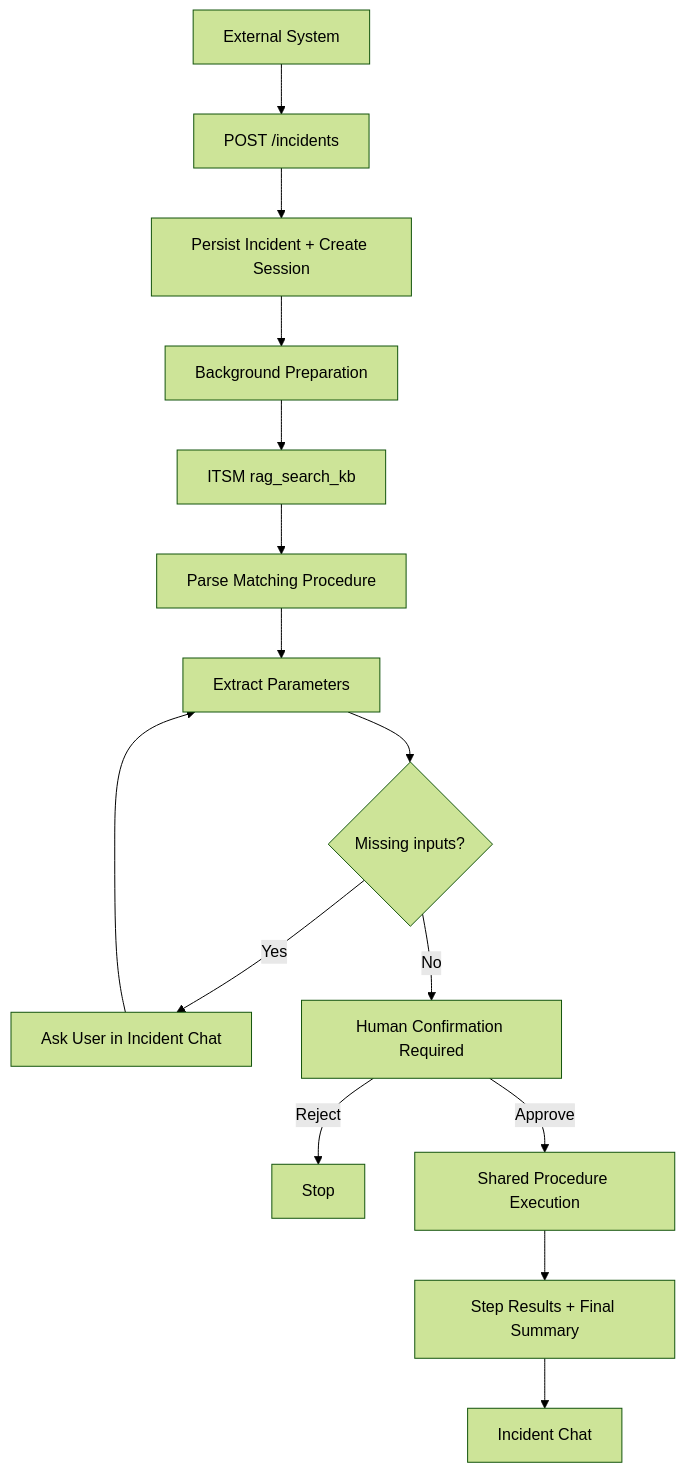
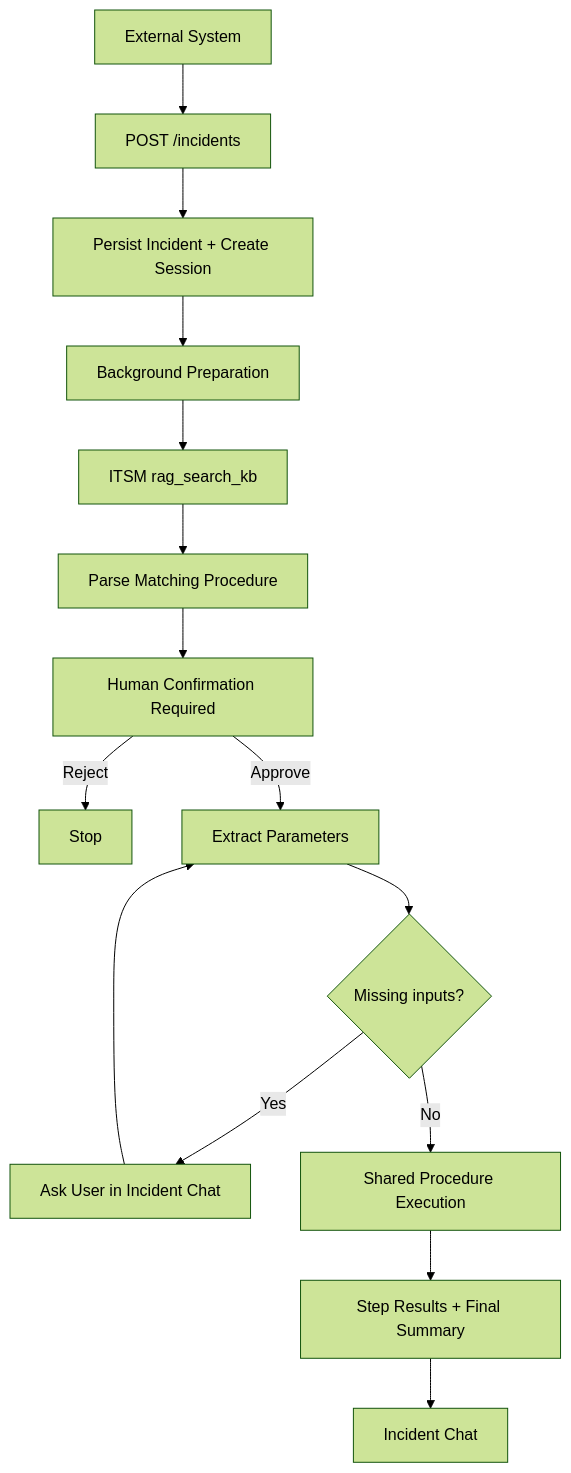
Before and after one commit to clbartolome/aiops-agent: the third of 3 diagrams in README.md, drawn with Mermaid (forest theme). The commit also changed other lines of this file and 15 other files, not shown here.

Commit message:
Incidents are working. Cancel and approve procedure implemented.

````diff
--- a/README.md
+++ b/README.md
@@ -126,17 +128,17 @@
 ```mermaid
 flowchart TD
     EXT[External System] --> API["POST /incidents"]
     API --> INC[Persist Incident + Create Session]
     INC --> BG[Background Preparation]
     BG --> KB["ITSM rag_search_kb"]
     KB --> P[Parse Matching Procedure]
-    P --> IN[Extract Parameters]
+    P --> CONF[Human Confirmation Required]
+    CONF -->|Reject| END[Stop]
+    CONF -->|Approve| IN[Extract Parameters]
     IN --> MISS{Missing inputs?}
     MISS -->|Yes| WAIT[Ask User in Incident Chat]
     WAIT --> IN
-    MISS -->|No| CONF[Human Confirmation Required]
-    CONF -->|Reject| END[Stop]
-    CONF -->|Approve| PROC[Shared Procedure Execution]
+    MISS -->|No| PROC[Shared Procedure Execution]
     PROC --> SUM[Step Results + Final Summary]
     SUM --> CHAT[Incident Chat]
 ```
````
